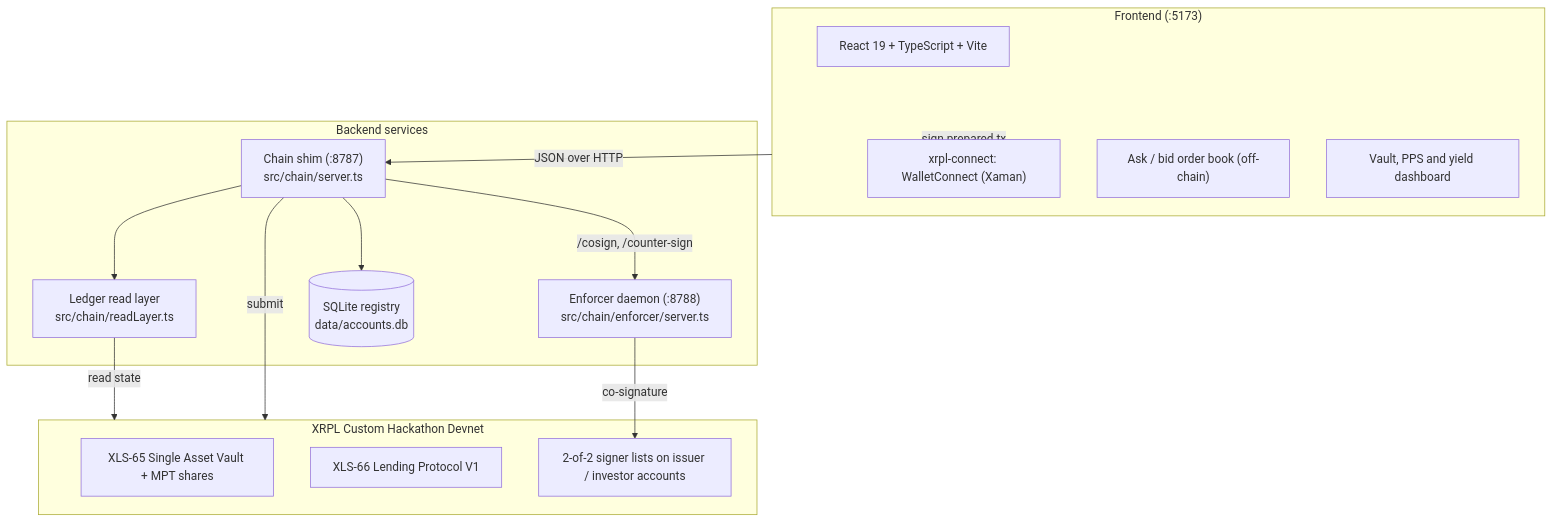
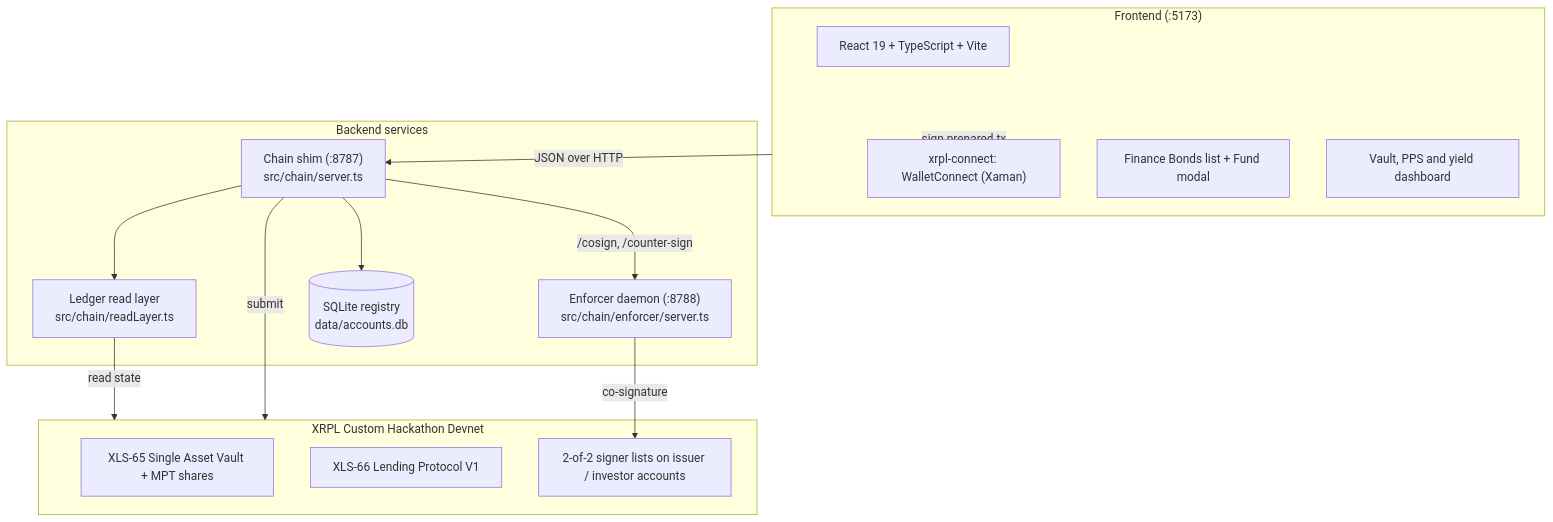
The diagram in README.md (G4SP4RDDB/AT1_XRPL), drawn with Mermaid before and after one commit. The commit also changed other lines of this file and 4 other files, not shown here.

First line of the commit message:
docs: align with the direct-funding flow after the order-book removal; README §6 from the post-merge run

````diff
--- a/README.md
+++ b/README.md
@@ -130,31 +130,31 @@
 ```mermaid
 flowchart TD
     subgraph UI ["Frontend (:5173)"]
         React["React 19 + TypeScript + Vite"]
         Wallet["xrpl-connect: WalletConnect (Xaman)"]
-        Book["Ask / bid order book (off-chain)"]
+        Book["Finance Bonds list + Fund modal"]
         Dash["Vault, PPS and yield dashboard"]
     end
 
     subgraph Backend ["Backend services"]
         Shim["Chain shim (:8787)\nsrc/chain/server.ts"]
         Enforcer["Enforcer daemon (:8788)\nsrc/chain/enforcer/server.ts"]
         Read["Ledger read layer\nsrc/chain/readLayer.ts"]
         DB[("SQLite registry\ndata/accounts.db")]
     end
 
     subgraph Ledger ["XRPL Custom Hackathon Devnet"]
         Vault["XLS-65 Single Asset Vault + MPT shares"]
         Lending["XLS-66 Lending Protocol V1"]
         Multisig["2-of-2 signer lists on issuer / investor accounts"]
     end
 
     UI -->|JSON over HTTP| Shim
     UI -->|sign prepared tx| Wallet
     Shim --> Read
     Shim --> DB
     Shim -->|"/cosign, /counter-sign"| Enforcer
     Read -->|read state| Ledger
     Shim -->|submit| Ledger
     Enforcer -->|co-signature| Multisig
 ```
````
